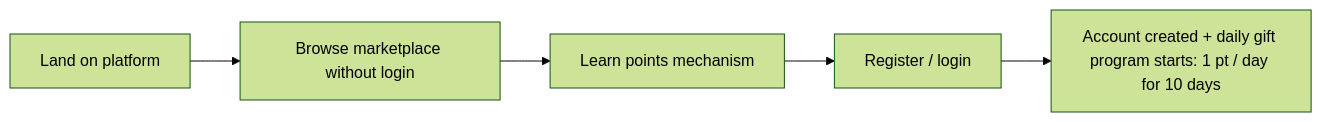
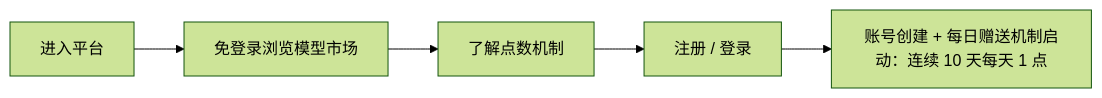
One commit to argszero/aitokenpool changed the first of 6 diagrams in docs/user-stories.md. Above: the diagram before and after it, drawn with Mermaid (forest theme). The commit also changed other lines of this file, not shown here.

````diff
--- a/docs/user-stories.md
+++ b/docs/user-stories.md
@@ -70,7 +73,7 @@
 ```mermaid
 flowchart LR
-  A[Land on platform] --> B[Browse marketplace without login]
-  B --> C[Learn points mechanism]
-  C --> D[Register / login]
-  D --> E[Account created + daily gift program starts: 1 pt / day for 10 days]
+  A[进入平台] --> B[免登录浏览模型市场]
+  B --> C[了解点数机制]
+  C --> D[注册 / 登录]
+  D --> E[账号创建 + 每日赠送机制启动：连续 10 天每天 1 点]
 ```
````
